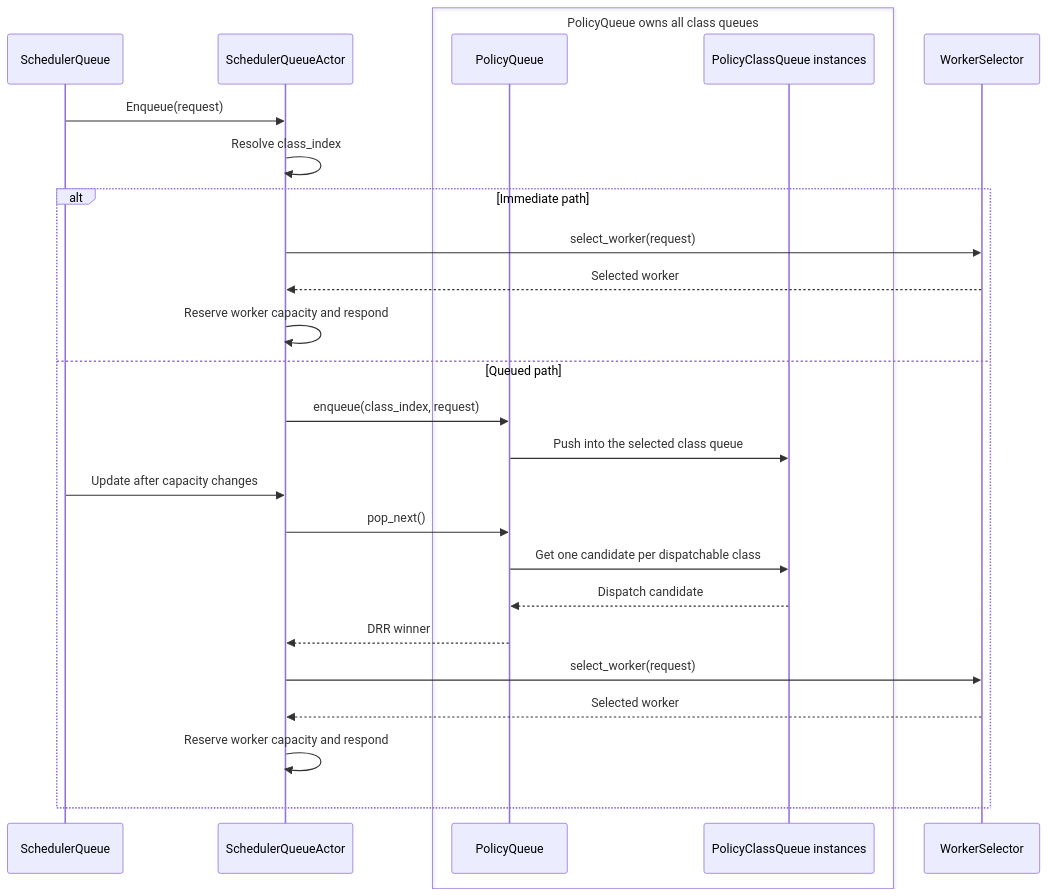
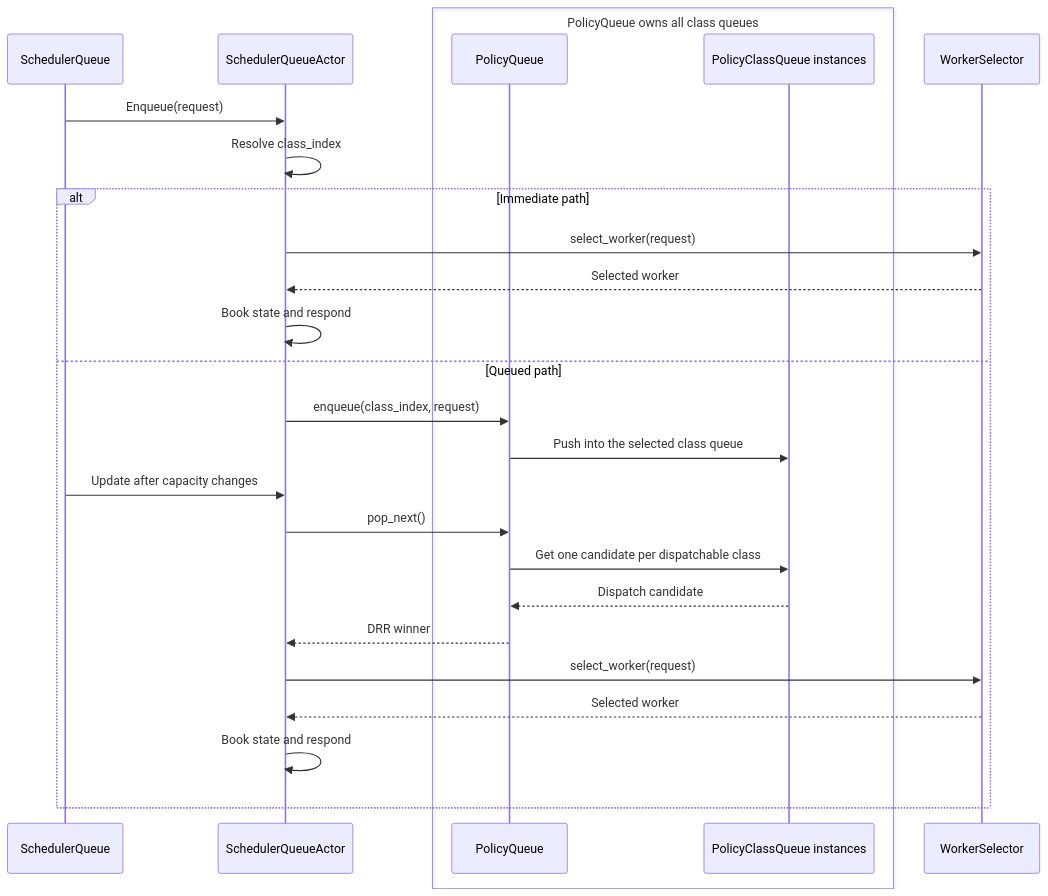
Before and after one commit to ai-dynamo/dynamo: the diagram in lib/kv-router/src/scheduling/CLAUDE.md, drawn with Mermaid. The commit also changed other lines of this file and 17 other files, not shown here.

````diff
--- a/lib/kv-router/src/scheduling/CLAUDE.md
+++ b/lib/kv-router/src/scheduling/CLAUDE.md
@@ -9,29 +10,29 @@
 ```mermaid
 sequenceDiagram
     participant H as SchedulerQueue
     participant A as SchedulerQueueActor
     box PolicyQueue owns all class queues
         participant P as PolicyQueue
         participant C as PolicyClassQueue instances
     end
     participant S as WorkerSelector
 
     H->>A: Enqueue(request)
     A->>A: Resolve class_index
     alt Immediate path
         A->>S: select_worker(request)
         S-->>A: Selected worker
-        A->>A: Reserve worker capacity and respond
+        A->>A: Book state and respond
     else Queued path
         A->>P: enqueue(class_index, request)
         P->>C: Push into the selected class queue
         H->>A: Update after capacity changes
         A->>P: pop_next()
         P->>C: Get one candidate per dispatchable class
         C-->>P: Dispatch candidate
         P-->>A: DRR winner
         A->>S: select_worker(request)
         S-->>A: Selected worker
-        A->>A: Reserve worker capacity and respond
+        A->>A: Book state and respond
     end
 ```
````
